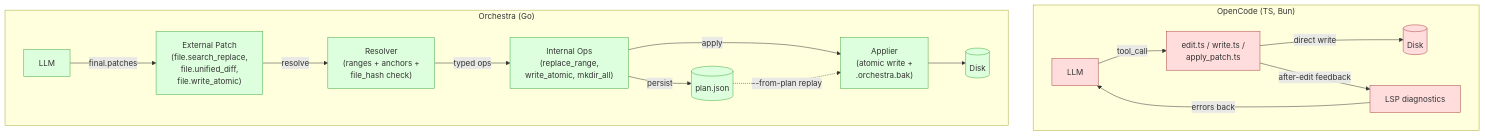
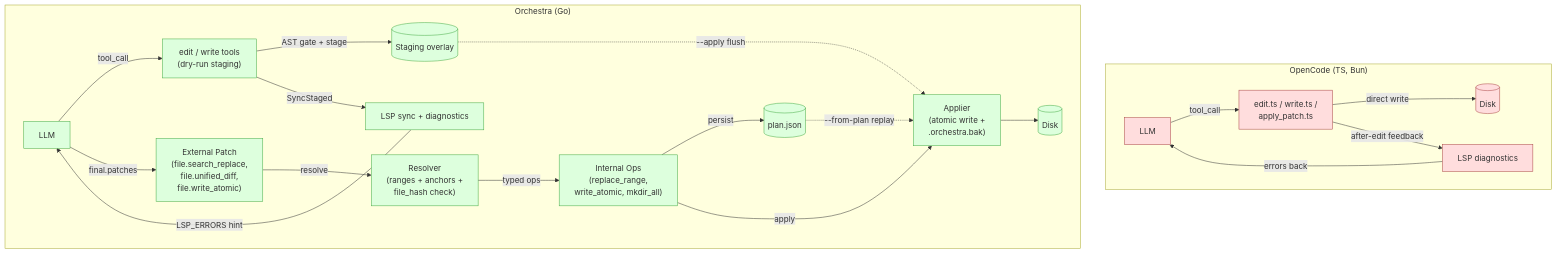
One commit to GreyKxtx/Orchestra changed the ninth of 10 diagrams in docs/architecture-uml.md. Above: the diagram before and after it, drawn with Mermaid. The commit also changed other lines of this file and 184 other files, not shown here.

````diff
--- a/docs/architecture-uml.md
+++ b/docs/architecture-uml.md
@@ -530,35 +530,43 @@
 ```mermaid
 flowchart TB
     subgraph OpenCode["OpenCode (TS, Bun)"]
         oc_llm[LLM]
         oc_tool["edit.ts / write.ts /<br/>apply_patch.ts"]
         oc_disk[(Disk)]
         oc_lsp[LSP diagnostics]
         oc_llm -->|tool_call| oc_tool
         oc_tool -->|direct write| oc_disk
         oc_tool -->|after-edit feedback| oc_lsp
         oc_lsp -->|errors back| oc_llm
     end
 
     subgraph Orchestra["Orchestra (Go)"]
         or_llm[LLM]
+        or_tool["edit / write tools<br/>(dry-run staging)"]
+        or_stage[(Staging overlay)]
+        or_lsp[LSP sync + diagnostics]
         or_ext["External Patch<br/>(file.search_replace,<br/>file.unified_diff,<br/>file.write_atomic)"]
         or_res["Resolver<br/>(ranges + anchors +<br/>file_hash check)"]
         or_int["Internal Ops<br/>(replace_range,<br/>write_atomic, mkdir_all)"]
         or_app["Applier<br/>(atomic write +<br/>.orchestra.bak)"]
         or_disk[(Disk)]
         or_plan[(plan.json)]
+        or_llm -->|tool_call| or_tool
+        or_tool -->|AST gate + stage| or_stage
+        or_tool -->|SyncStaged| or_lsp
+        or_lsp -->|LSP_ERRORS hint| or_llm
         or_llm -->|final.patches| or_ext
         or_ext -->|resolve| or_res
         or_res -->|typed ops| or_int
         or_int -->|persist| or_plan
         or_int -->|apply| or_app
         or_app --> or_disk
+        or_stage -.->|--apply flush| or_app
         or_plan -.->|--from-plan replay| or_app
     end
 
     classDef oc fill:#fdd,stroke:#a44
     classDef or fill:#dfd,stroke:#4a4
     class oc_llm,oc_tool,oc_disk,oc_lsp oc
-    class or_llm,or_ext,or_res,or_int,or_app,or_disk,or_plan or
+    class or_llm,or_tool,or_stage,or_lsp,or_ext,or_res,or_int,or_app,or_disk,or_plan or
 ```
````
